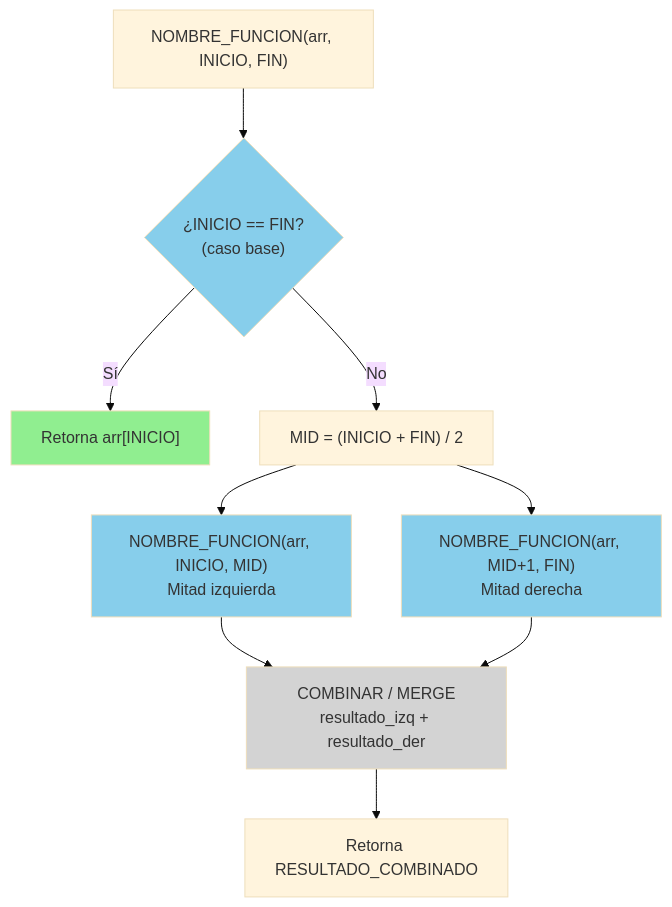
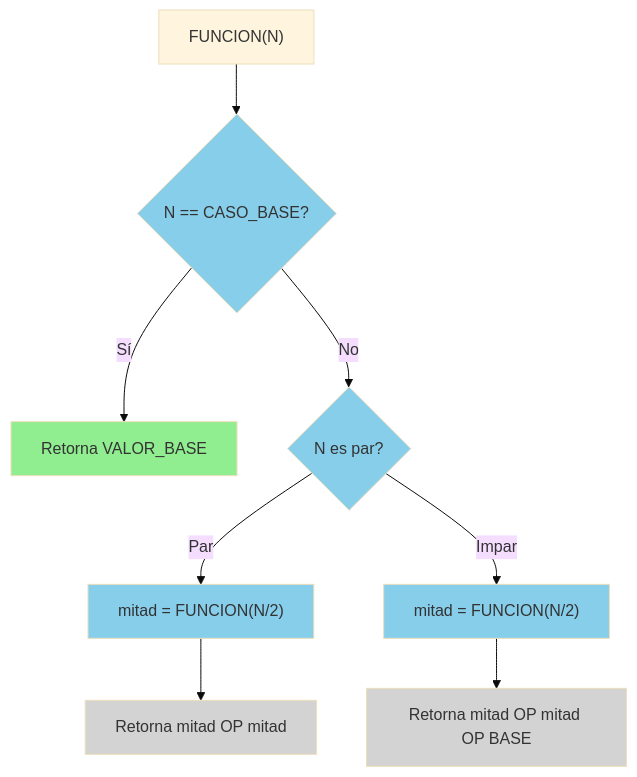
One commit to nehuenlabs/estudios-algoritmos-recursividad changed the seventh of 58 diagrams in plantilla-soluciones.md. Above: the diagram before and after it, drawn with Mermaid (base theme). The commit also changed other lines of this file, not shown here.

````diff
--- a/plantilla-soluciones.md
+++ b/plantilla-soluciones.md
@@ -179,26 +242,25 @@
 ```mermaid
 flowchart TD
-    A["NOMBRE_FUNCION(arr, INICIO, FIN)"]
-    B{"¿INICIO == FIN?\n(caso base)"}
-    C["Retorna arr[INICIO]"]
-    D["MID = (INICIO + FIN) / 2"]
-    E["NOMBRE_FUNCION(arr, INICIO, MID)\nMitad izquierda"]
-    F["NOMBRE_FUNCION(arr, MID+1, FIN)\nMitad derecha"]
-    G["COMBINAR / MERGE\nresultado_izq + resultado_der"]
-    H["Retorna RESULTADO_COMBINADO"]
+    A["FUNCION(N)"]
+    B{"N == CASO_BASE?"}
+    C["Retorna VALOR_BASE"]
+    D{"N es par?"}
+    E["mitad = FUNCION(N/2)"]
+    F["Retorna mitad OP mitad"]
+    G["mitad = FUNCION(N/2)"]
+    H["Retorna mitad OP mitad OP BASE"]
 
     A --> B
     B -- "Sí" --> C
     B -- "No" --> D
-    D --> E
-    D --> F
-    E --> G
-    F --> G
-    G --> H
+    D -- "Par" --> E --> F
+    D -- "Impar" --> G --> H
 
     style C fill:#90EE90
     style B fill:#87CEEB
+    style D fill:#87CEEB
     style E fill:#87CEEB
-    style F fill:#87CEEB
-    style G fill:#D3D3D3
+    style G fill:#87CEEB
+    style F fill:#D3D3D3
+    style H fill:#D3D3D3
 ```
````
